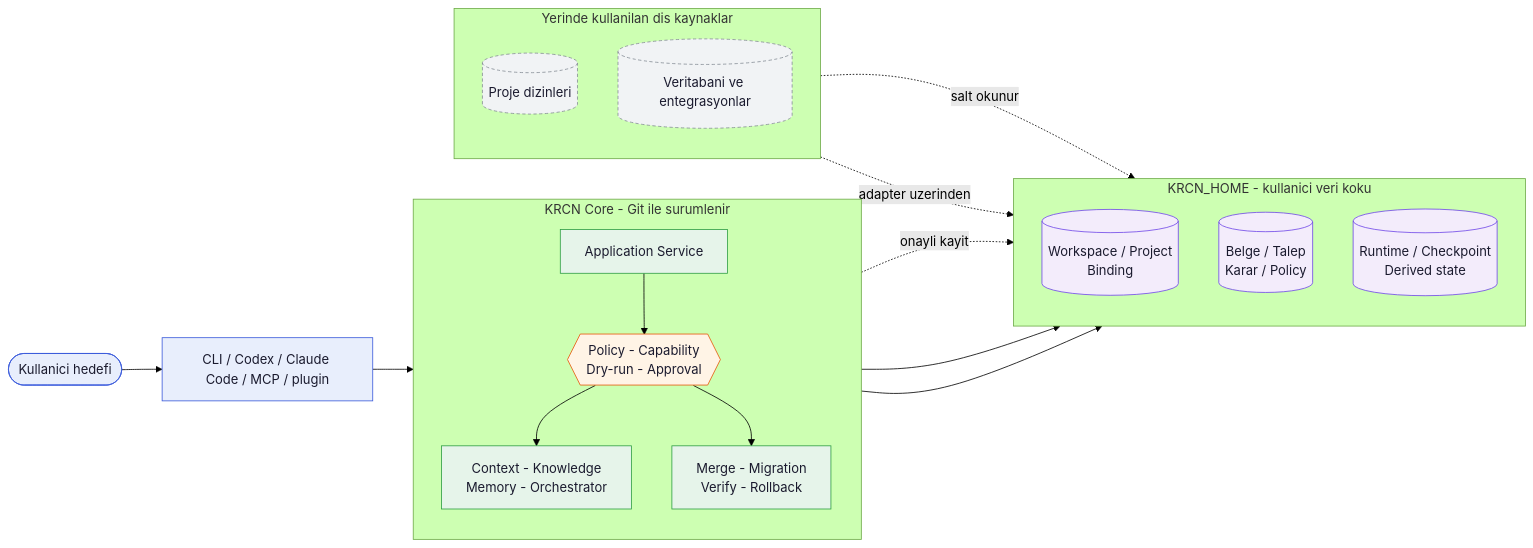
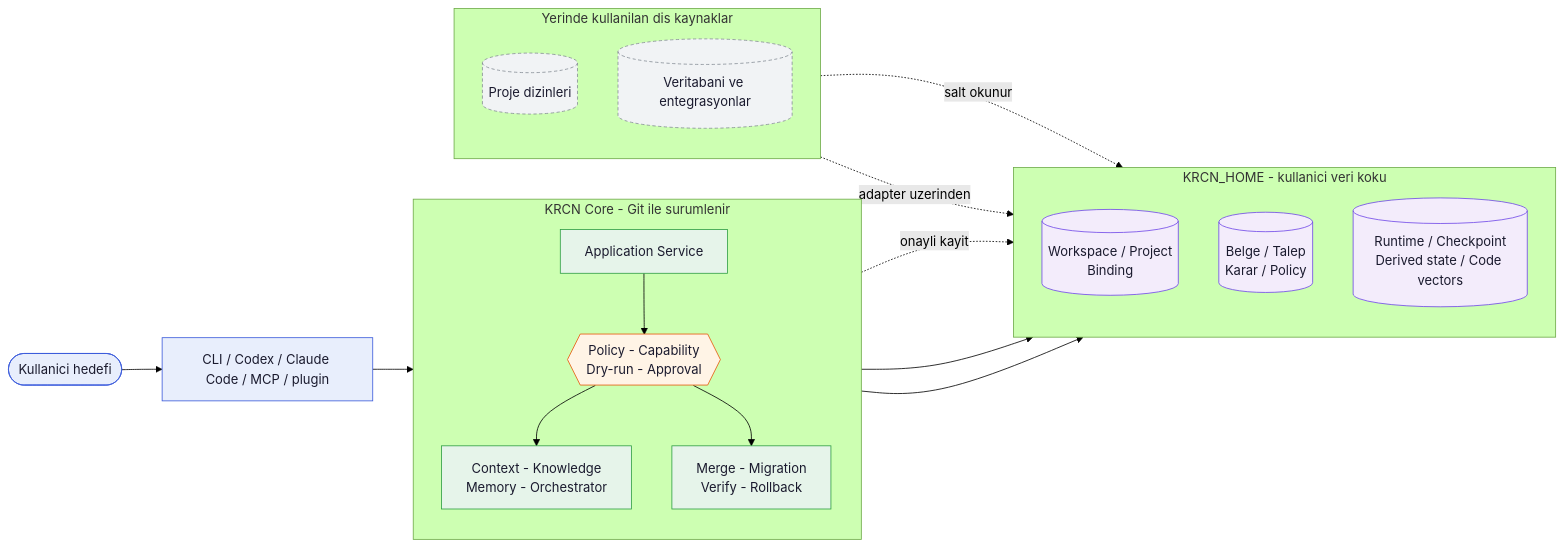
The diagram in README.md (mehmet-karacan/krcn-core), drawn with Mermaid (forest theme) before and after one commit. The commit also changed other lines of this file and 38 other files, not shown here.

````diff
--- a/README.md
+++ b/README.md
@@ -21,41 +21,41 @@
 ```mermaid
 flowchart LR
     classDef client fill:#e8eefc,stroke:#3b5bdb,color:#1a1a2e
     classDef service fill:#e6f4ea,stroke:#2f9e44,color:#1a1a2e
     classDef gate fill:#fff4e6,stroke:#e8590c,color:#1a1a2e
     classDef home fill:#f3ecfb,stroke:#7048e8,color:#1a1a2e
     classDef external fill:#f1f3f5,stroke:#868e96,color:#1a1a2e,stroke-dasharray: 4 3
 
     goal(["Kullanici hedefi"]):::client --> entry["CLI / Codex / Claude Code / MCP / plugin"]:::client
     entry --> svc
 
     subgraph core["KRCN Core - Git ile surumlenir"]
         direction TB
         svc["Application Service"]:::service
         gate{{"Policy - Capability<br/>Dry-run - Approval"}}:::gate
         engine["Context - Knowledge<br/>Memory - Orchestrator"]:::service
         merge["Merge - Migration<br/>Verify - Rollback"]:::service
         svc --> gate
         gate --> engine
         gate --> merge
     end
 
     subgraph home["KRCN_HOME - kullanici veri koku"]
         direction TB
         proj[("Workspace / Project<br/>Binding")]:::home
         data[("Belge / Talep<br/>Karar / Policy")]:::home
-        state[("Runtime / Checkpoint<br/>Derived state")]:::home
+        state[("Runtime / Checkpoint<br/>Derived state / Code vectors")]:::home
     end
 
     subgraph ext["Yerinde kullanilan dis kaynaklar"]
         direction TB
         src[("Proje dizinleri")]:::external
         db[("Veritabani ve entegrasyonlar")]:::external
     end
 
     gate -. "onayli kayit" .-> proj
     engine --> data
     engine --> state
     src -. "salt okunur" .-> proj
     db -. "adapter uzerinden" .-> proj
 ```
````
